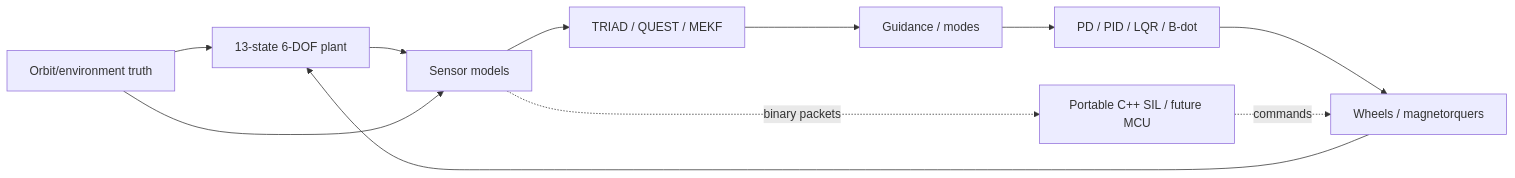
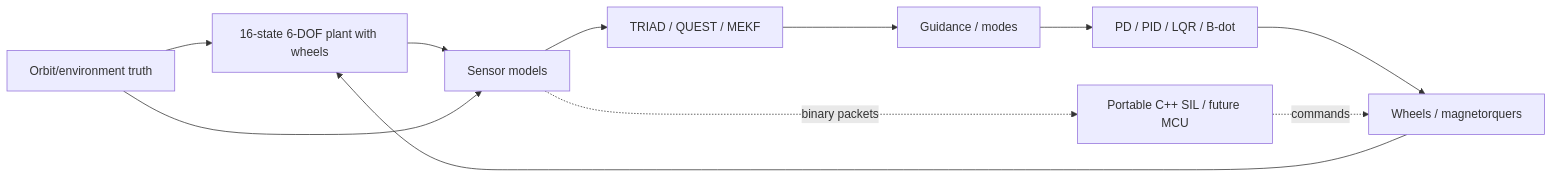
The diagram in README.md (ayushp06/cubesat-adcs), drawn with Mermaid before and after one commit. The commit also changed other lines of this file and 6 other files, not shown here.

````diff
--- a/README.md
+++ b/README.md
@@ -13,13 +13,13 @@
 ```mermaid
 flowchart LR
-  E[Orbit/environment truth] --> P[13-state 6-DOF plant]
+  E[Orbit/environment truth] --> P[16-state 6-DOF plant with wheels]
   P --> S[Sensor models]
   E --> S
   S --> D[TRIAD / QUEST / MEKF]
   D --> G[Guidance / modes]
   G --> C[PD / PID / LQR / B-dot]
   C --> A[Wheels / magnetorquers]
   A --> P
   S -. binary packets .-> F[Portable C++ SIL / future MCU]
   F -. commands .-> A
 ```
````
